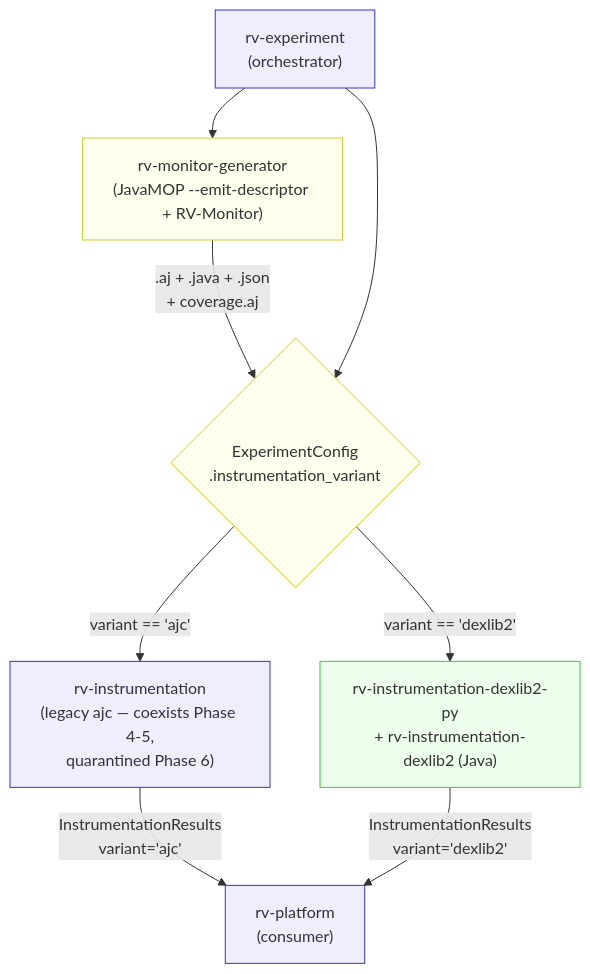
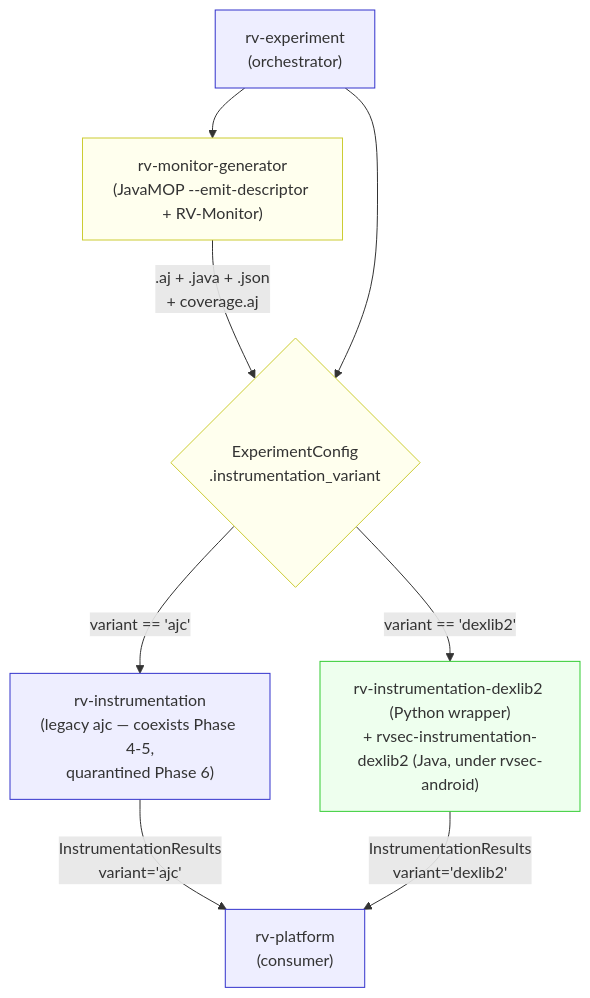
Before and after one commit to PAMunb/rvsec: the second of 2 diagrams in rv-android/openspec/changes/gh52-instr-dexlib2/proposal.md, drawn with Mermaid. The commit also changed other lines of this file and 17 other files, not shown here.

````diff
--- a/rv-android/openspec/changes/gh52-instr-dexlib2/proposal.md
+++ b/rv-android/openspec/changes/gh52-instr-dexlib2/proposal.md
@@ -103,24 +106,24 @@
 ```mermaid
 flowchart TB
     EXP["rv-experiment<br/>(orchestrator)"]
     CFG{"ExperimentConfig<br/>.instrumentation_variant"}
     GEN["rv-monitor-generator<br/>(JavaMOP --emit-descriptor + RV-Monitor)"]
     AJC["rv-instrumentation<br/>(legacy ajc — coexists Phase 4-5,<br/>quarantined Phase 6)"]
-    DEX["rv-instrumentation-dexlib2-py<br/>+ rv-instrumentation-dexlib2 (Java)"]
+    DEX["rv-instrumentation-dexlib2 (Python wrapper)<br/>+ rvsec-instrumentation-dexlib2 (Java, under rvsec-android)"]
     PLAT["rv-platform<br/>(consumer)"]
 
     EXP --> GEN
     GEN -->|".aj + .java + .json<br/>+ coverage.aj"| CFG
     EXP --> CFG
     CFG -->|"variant == 'ajc'"| AJC
     CFG -->|"variant == 'dexlib2'"| DEX
     AJC -->|InstrumentationResults<br/>variant='ajc'| PLAT
     DEX -->|InstrumentationResults<br/>variant='dexlib2'| PLAT
 
     classDef new fill:#efe,stroke:#3c3;
     classDef changed fill:#ffe,stroke:#cc3;
     classDef stable fill:#eef,stroke:#33c;
     class DEX new
     class GEN,CFG changed
     class EXP,AJC,PLAT stable
 ```
````
